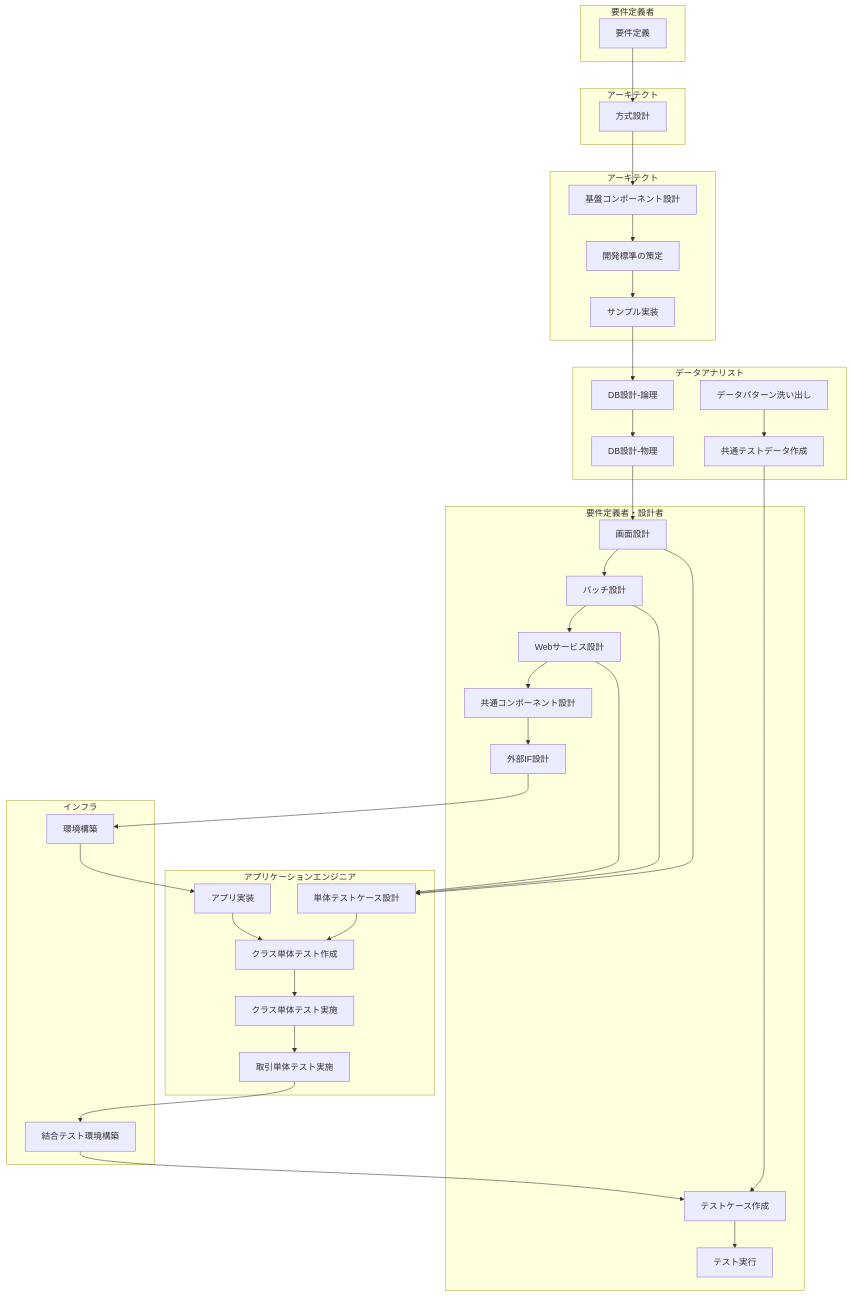
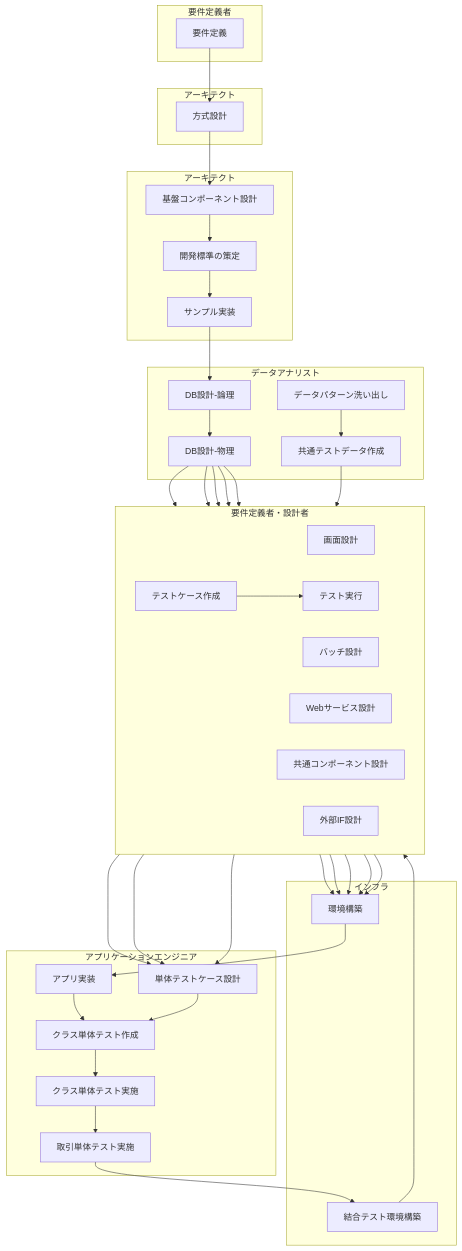
Before and after one commit to nablarch/nabledge-dev: the diagram in doc/asis-dev-flow.md, drawn with Mermaid. The commit also changed 1 other file, not shown here.

Commit message:
Make design activities parallel instead of sequential
Changed画面設計、バッチ設計、Webサービス設計、共通コンポーネント設計、
外部IF設計 to parallel layout as they can be executed concurrently.

````diff
--- a/doc/asis-dev-flow.md
+++ b/doc/asis-dev-flow.md
@@ -12,72 +12,77 @@
 ```mermaid
 flowchart TB
     subgraph req["要件定義者"]
         A1[要件定義]
     end
 
     subgraph arch_req["アーキテクト"]
         A2[方式設計]
     end
 
     subgraph arch_design["アーキテクト"]
         B1[基盤コンポーネント設計]
         B2[開発標準の策定]
         B3[サンプル実装]
     end
 
     subgraph data["データアナリスト"]
         C1[DB設計-論理]
         C2[DB設計-物理]
         C3[データパターン洗い出し]
         C4[共通テストデータ作成]
     end
 
     subgraph designer["要件定義者・設計者"]
+        direction LR
         D1[画面設計]
         D2[バッチ設計]
         D3[Webサービス設計]
         D4[共通コンポーネント設計]
         D5[外部IF設計]
         D6[テストケース作成]
         D7[テスト実行]
     end
 
     subgraph appeng["アプリケーションエンジニア"]
         E1[アプリ実装]
         E2[単体テストケース設計]
         E3[クラス単体テスト作成]
         E4[クラス単体テスト実施]
         E5[取引単体テスト実施]
     end
 
     subgraph infra["インフラ"]
         F1[環境構築]
         F2[結合テスト環境構築]
     end
 
     A1 --> A2
     A2 --> B1
     B1 --> B2
     B2 --> B3
     B3 --> C1
     C1 --> C2
     C2 --> D1
-    D1 --> D2
-    D2 --> D3
-    D3 --> D4
-    D4 --> D5
+    C2 --> D2
+    C2 --> D3
+    C2 --> D4
+    C2 --> D5
+    D1 --> F1
+    D2 --> F1
+    D3 --> F1
+    D4 --> F1
     D5 --> F1
     F1 --> E1
     C3 --> C4
     D1 --> E2
     D2 --> E2
     D3 --> E2
     E1 --> E3
     E2 --> E3
     E3 --> E4
     E4 --> E5
     E5 --> F2
     C4 --> D6
     F2 --> D6
     D6 --> D7
 ```
````
